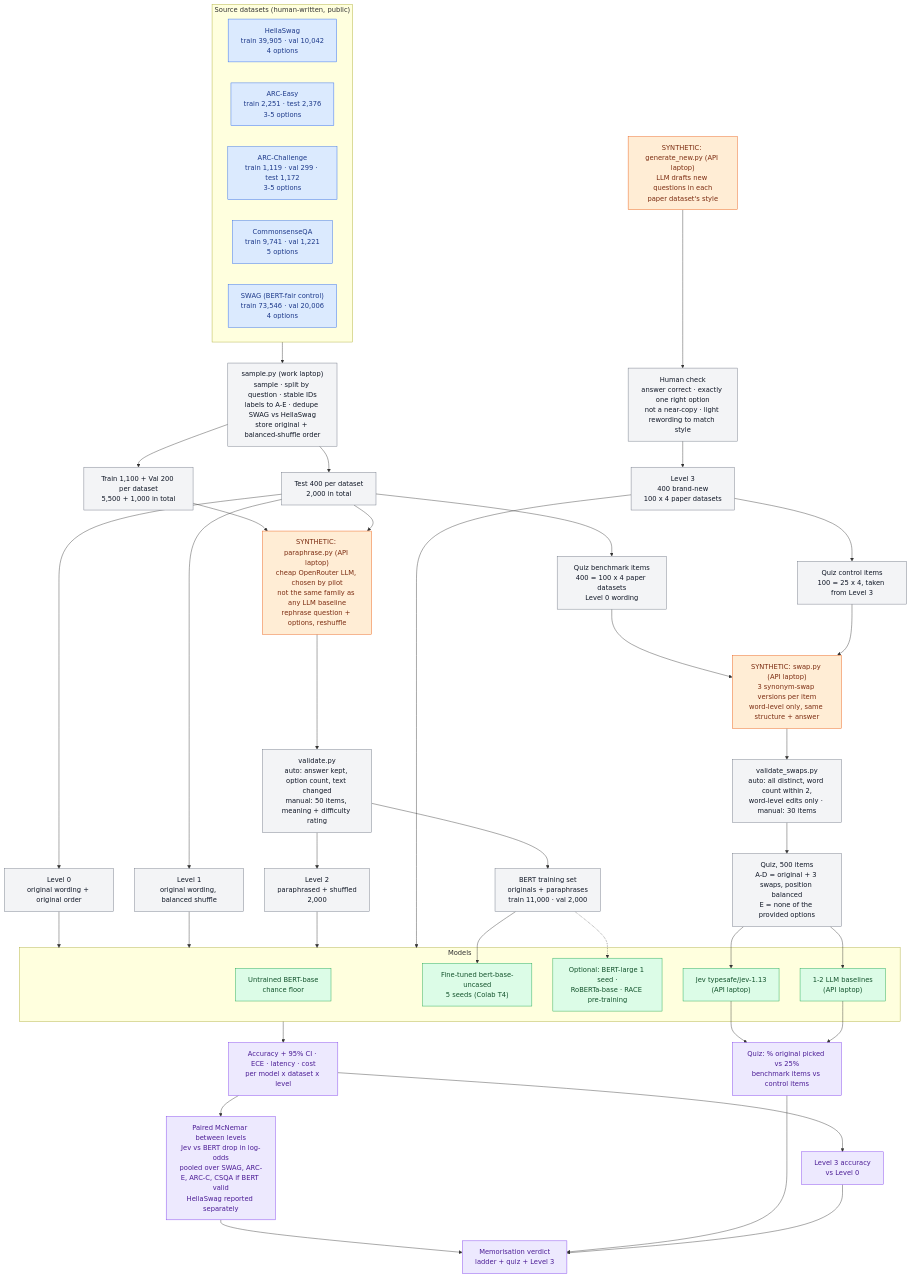
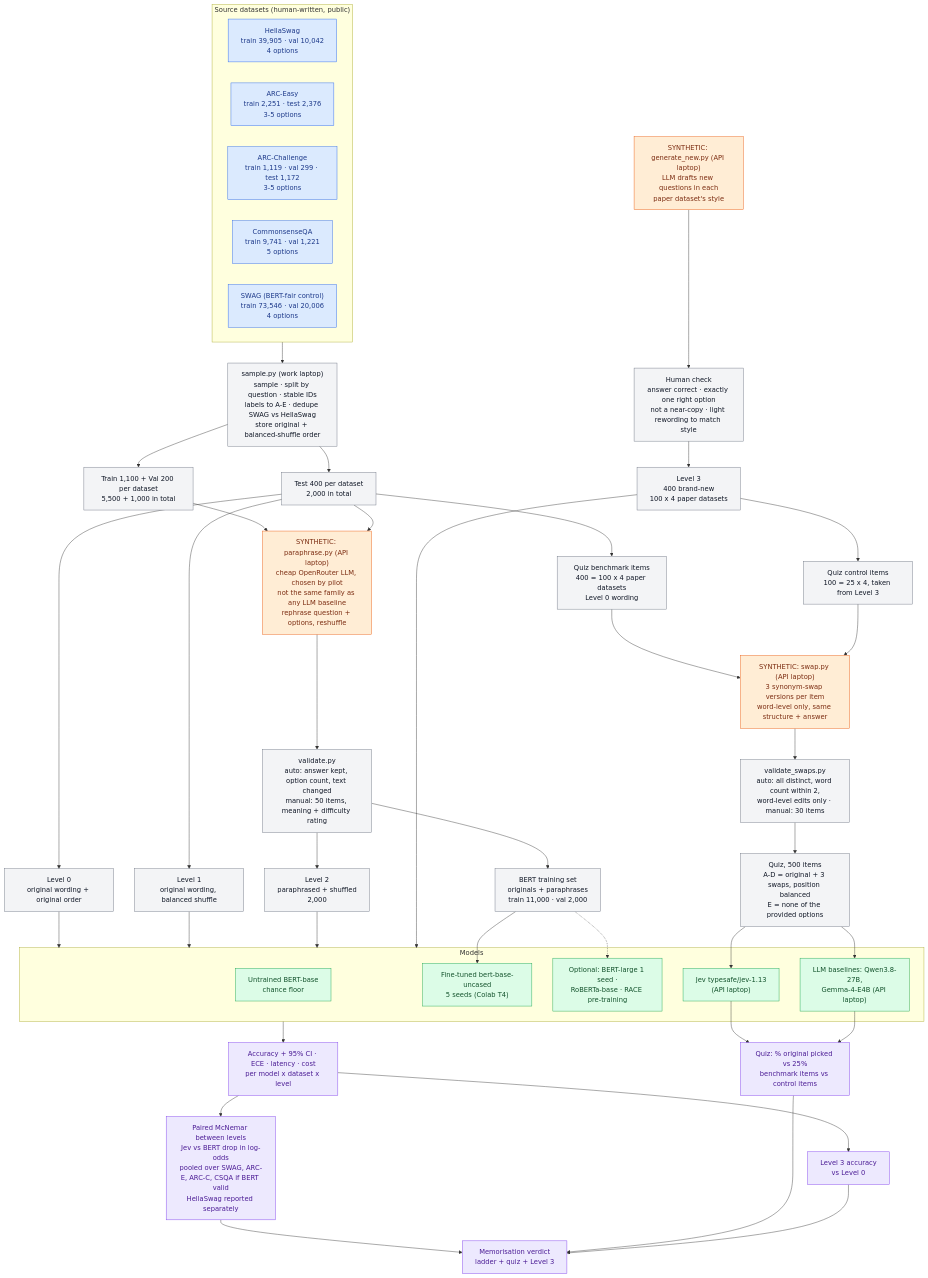
The diagram in docs/PLAN.md (am3lia-low/jev-project), drawn with Mermaid before and after one commit. The commit also changed other lines of this file and 3 other files, not shown here.

````diff
--- a/docs/PLAN.md
+++ b/docs/PLAN.md
@@ -49,79 +49,79 @@
 ```mermaid
 flowchart TD
     %% ---------- Source datasets (human-written) ----------
     subgraph SRC["Source datasets (human-written, public)"]
         HS["HellaSwag<br/>train 39,905 · val 10,042<br/>4 options"]
         AE["ARC-Easy<br/>train 2,251 · test 2,376<br/>3-5 options"]
         AC["ARC-Challenge<br/>train 1,119 · val 299 · test 1,172<br/>3-5 options"]
         CQ["CommonsenseQA<br/>train 9,741 · val 1,221<br/>5 options"]
         SW["SWAG (BERT-fair control)<br/>train 73,546 · val 20,006<br/>4 options"]
     end
 
     %% ---------- Sampling (scripted) ----------
     SRC --> SAMPLE["sample.py (work laptop)<br/>sample · split by question · stable IDs<br/>labels to A-E · dedupe SWAG vs HellaSwag<br/>store original + balanced-shuffle order"]
     SAMPLE --> TRV["Train 1,100 + Val 200 per dataset<br/>5,500 + 1,000 in total"]
     SAMPLE --> TEST["Test 400 per dataset<br/>2,000 in total"]
 
     %% ---------- Levels 0 and 1 (scripted) ----------
     TEST --> L0["Level 0<br/>original wording + original order"]
     TEST --> L1["Level 1<br/>original wording, balanced shuffle"]
 
     %% ---------- Synthetic: paraphrases ----------
     TRV --> PARA["SYNTHETIC: paraphrase.py (API laptop)<br/>cheap OpenRouter LLM, chosen by pilot<br/>not the same family as any LLM baseline<br/>rephrase question + options, reshuffle"]
     TEST --> PARA
     PARA --> VPARA["validate.py<br/>auto: answer kept, option count, text changed<br/>manual: 50 items, meaning + difficulty rating"]
     VPARA --> L2["Level 2<br/>paraphrased + shuffled<br/>2,000"]
     VPARA --> TRAINSET["BERT training set<br/>originals + paraphrases<br/>train 11,000 · val 2,000"]
 
     %% ---------- Synthetic: brand-new questions ----------
     GEN["SYNTHETIC: generate_new.py (API laptop)<br/>LLM drafts new questions in each<br/>paper dataset's style"] --> HNEW["Human check<br/>answer correct · exactly one right option<br/>not a near-copy · light rewording to match style"]
     HNEW --> L3["Level 3<br/>400 brand-new<br/>100 x 4 paper datasets"]
 
     %% ---------- Synthetic: memorisation quiz ----------
     TEST --> QSEL["Quiz benchmark items<br/>400 = 100 x 4 paper datasets<br/>Level 0 wording"]
     L3 --> QCTRL["Quiz control items<br/>100 = 25 x 4, taken from Level 3"]
     QSEL --> SWAP["SYNTHETIC: swap.py (API laptop)<br/>3 synonym-swap versions per item<br/>word-level only, same structure + answer"]
     QCTRL --> SWAP
     SWAP --> VSWAP["validate_swaps.py<br/>auto: all distinct, word count within 2,<br/>word-level edits only · manual: 30 items"]
     VSWAP --> QUIZ["Quiz, 500 items<br/>A-D = original + 3 swaps, position balanced<br/>E = none of the provided options"]
 
     %% ---------- Models ----------
     subgraph MODELS["Models"]
         BERTU["Untrained BERT-base<br/>chance floor"]
         BERTFT["Fine-tuned bert-base-uncased<br/>5 seeds (Colab T4)"]
         OPT["Optional: BERT-large 1 seed ·<br/>RoBERTa-base · RACE pre-training"]
         JEV["Jev typesafe/jev-1.13<br/>(API laptop)"]
-        LLM["1-2 LLM baselines<br/>(API laptop)"]
+        LLM["LLM baselines: Qwen3.8-27B,<br/>Gemma-4-E4B (API laptop)"]
     end
     TRAINSET --> BERTFT
     TRAINSET -.-> OPT
 
     L0 --> MODELS
     L1 --> MODELS
     L2 --> MODELS
     L3 --> MODELS
     QUIZ --> JEV
     QUIZ --> LLM
 
     %% ---------- Results ----------
     MODELS --> R1["Accuracy + 95% CI · ECE · latency · cost<br/>per model x dataset x level"]
     R1 --> R2["Paired McNemar between levels<br/>Jev vs BERT drop in log-odds<br/>pooled over SWAG, ARC-E, ARC-C, CSQA if BERT valid<br/>HellaSwag reported separately"]
     JEV --> R3["Quiz: % original picked vs 25%<br/>benchmark items vs control items"]
     LLM --> R3
     R1 --> R4["Level 3 accuracy<br/>vs Level 0"]
     R2 --> FINAL["Memorisation verdict<br/>ladder + quiz + Level 3"]
     R3 --> FINAL
     R4 --> FINAL
 
     %% ---------- Styles ----------
     classDef human fill:#dbeafe,stroke:#2563eb,color:#1e3a8a
     classDef synth fill:#ffedd5,stroke:#ea580c,color:#7c2d12
     classDef script fill:#f3f4f6,stroke:#6b7280,color:#111827
     classDef model fill:#dcfce7,stroke:#16a34a,color:#14532d
     classDef result fill:#ede9fe,stroke:#7c3aed,color:#4c1d95
     class HS,AE,AC,CQ,SW human
     class PARA,GEN,SWAP synth
     class SAMPLE,TRV,TEST,L0,L1,L2,L3,TRAINSET,VPARA,HNEW,QSEL,QCTRL,VSWAP,QUIZ script
     class BERTU,BERTFT,OPT,JEV,LLM model
     class R1,R2,R3,R4,FINAL result
 ```
````
